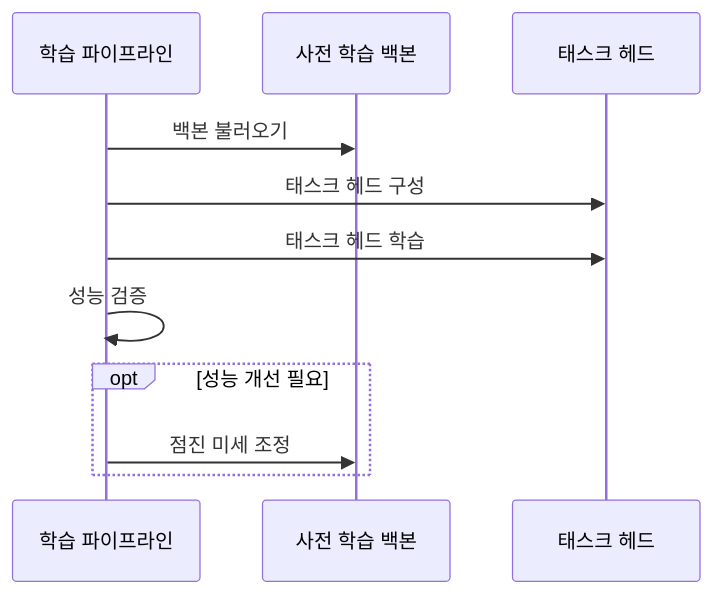
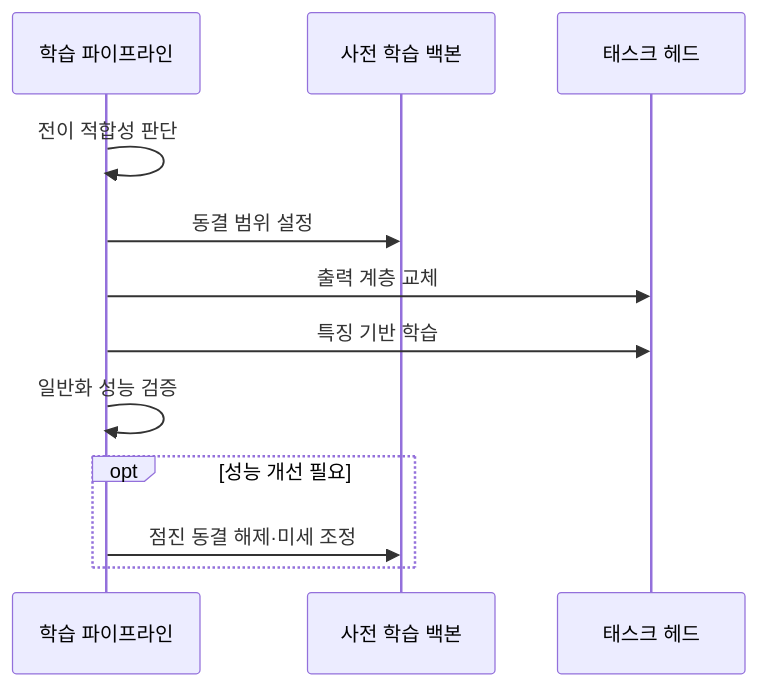
The second of 2 diagrams in src/content/docs/notes/01-basic-theory/047_transfer_learning.md (agnusdei1207/knowledge-base), drawn with Mermaid before and after one commit. The commit also changed other lines of this file, not shown here.

````diff
--- a/src/content/docs/notes/01-basic-theory/047_transfer_learning.md
+++ b/src/content/docs/notes/01-basic-theory/047_transfer_learning.md
@@ -82,13 +82,14 @@
 ```mermaid
 sequenceDiagram
     participant T as 학습 파이프라인
     participant B as 사전 학습 백본
     participant H as 태스크 헤드
-    T->>B: 백본 불러오기
-    T->>H: 태스크 헤드 구성
-    T->>H: 태스크 헤드 학습
-    T->>T: 성능 검증
+    T->>T: 전이 적합성 판단
+    T->>B: 동결 범위 설정
+    T->>H: 출력 계층 교체
+    T->>H: 특징 기반 학습
+    T->>T: 일반화 성능 검증
     opt 성능 개선 필요
-        T->>B: 점진 미세 조정
+        T->>B: 점진 동결 해제·미세 조정
     end
 ```
````
